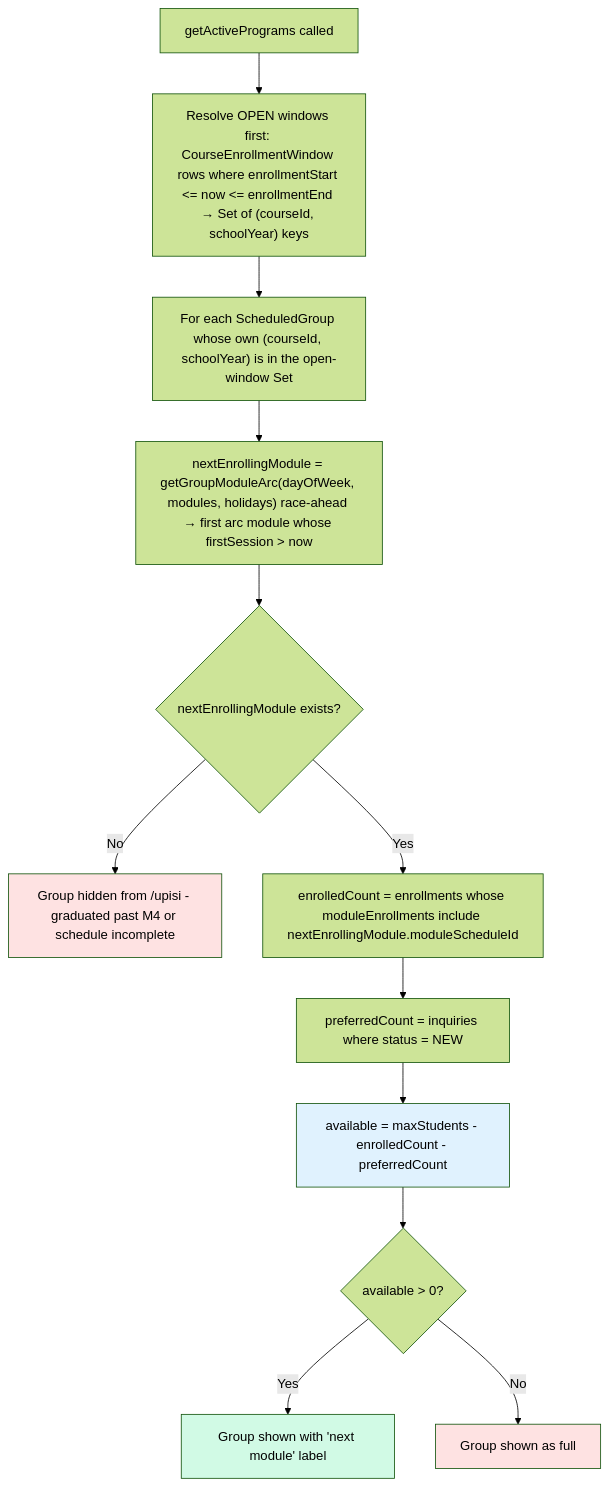
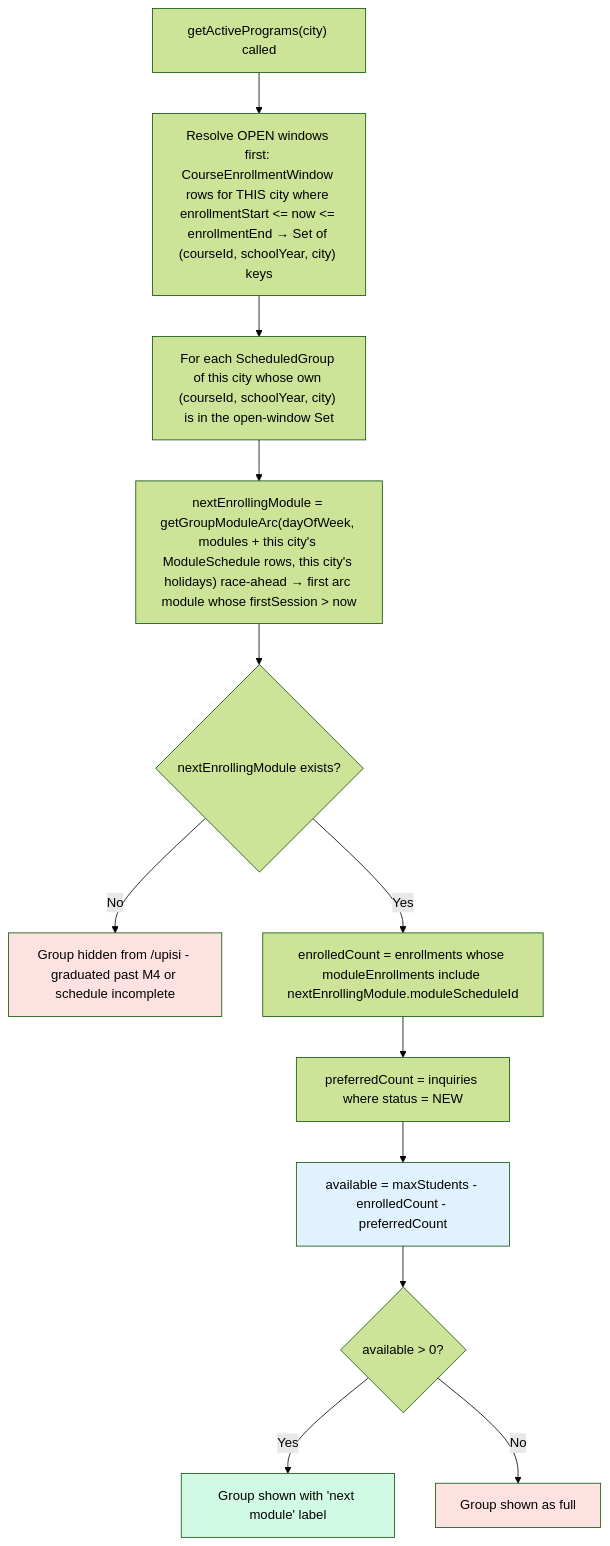
One commit to jpucic00/inovatic changed the second of 12 diagrams in docs/diagrams/enrollment-rules.md. Above: the diagram before and after it, drawn with Mermaid (forest theme). The commit also changed other lines of this file and 18 other files, not shown here.

````diff
--- a/docs/diagrams/enrollment-rules.md
+++ b/docs/diagrams/enrollment-rules.md
@@ -99,19 +103,19 @@
 ```mermaid
 flowchart TD
-    A[getActivePrograms called] --> A2["Resolve OPEN windows first: CourseEnrollmentWindow rows where enrollmentStart &lt;= now &lt;= enrollmentEnd → Set of (courseId, schoolYear) keys"]
-    A2 --> B["For each ScheduledGroup whose own (courseId, schoolYear) is in the open-window Set"]
-    B --> C["nextEnrollingModule = getGroupModuleArc(dayOfWeek, modules, holidays) race-ahead → first arc module whose firstSession &gt; now"]
+    A["getActivePrograms(city) called"] --> A2["Resolve OPEN windows first: CourseEnrollmentWindow rows for THIS city where enrollmentStart &lt;= now &lt;= enrollmentEnd → Set of (courseId, schoolYear, city) keys"]
+    A2 --> B["For each ScheduledGroup of this city whose own (courseId, schoolYear, city) is in the open-window Set"]
+    B --> C["nextEnrollingModule = getGroupModuleArc(dayOfWeek, modules + this city's ModuleSchedule rows, this city's holidays) race-ahead → first arc module whose firstSession &gt; now"]
     C --> D{nextEnrollingModule exists?}
     D -->|No| HIDE[Group hidden from /upisi - graduated past M4 or schedule incomplete]
     D -->|Yes| E["enrolledCount = enrollments whose moduleEnrollments include nextEnrollingModule.moduleScheduleId"]
     E --> F[preferredCount = inquiries where status = NEW]
     F --> G["available = maxStudents - enrolledCount - preferredCount"]
     G --> H{available > 0?}
     H -->|Yes| SHOW[Group shown with 'next module' label]
     H -->|No| FULL[Group shown as full]
 
     style HIDE fill:#fee2e2
     style SHOW fill:#d1fae5
     style FULL fill:#fee2e2
     style G fill:#e0f2fe
 ```
````
